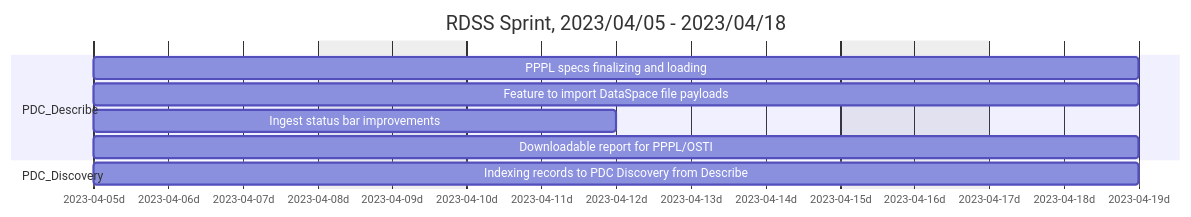
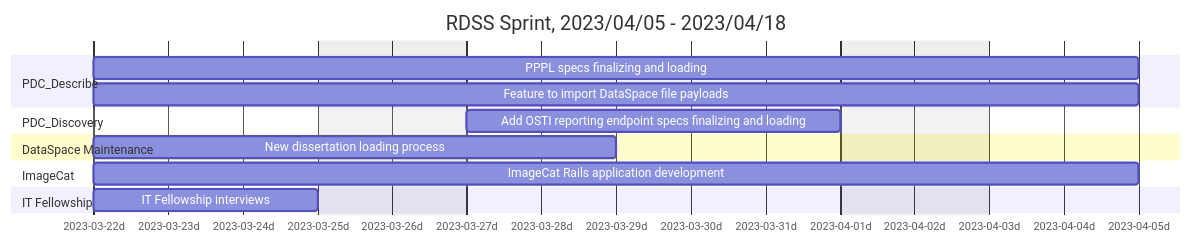
Before and after one commit to pulibrary/rdss-handbook: the third of 20 diagrams in roadmap.md, drawn with Mermaid. The commit also changed other lines of this file, not shown here.

````diff
--- a/roadmap.md
+++ b/roadmap.md
@@ -72,14 +72,18 @@
 ```mermaid
 gantt
     title RDSS Sprint, 2023/04/05 - 2023/04/18
     axisFormat  %Y-%m-%dd
     dateformat YYYY-MM-DD
     excludes    weekends
     section PDC_Describe
-    PPPL specs finalizing and loading: pdc1, 2023-04-05, 10d
-    Feature to import DataSpace file payloads: pdc2, 2023-04-05, 10d
-    Ingest status bar improvements: pdc3, 2023-04-05, 5d
-    Downloadable report for PPPL/OSTI: pdc4, 2023-04-05, 10d
+    PPPL specs finalizing and loading: pdc1, 2023-03-22, 10d
+    Feature to import DataSpace file payloads: pdc2, 2023-03-22, 10d
     section PDC_Discovery
-    Indexing records to PDC Discovery from Describe: pdd3, 2023-04-05, 10d
+    Add OSTI reporting endpoint specs finalizing and loading: pdcd1, 2023-03-27, 5d 
+    section DataSpace Maintenance
+    New dissertation loading process: dsm1, 2023-03-22, 5d  
+    section ImageCat
+    ImageCat Rails application development: imc1, 2023-03-22, 10d
+    section IT Fellowship
+    IT Fellowship interviews: itf1, 2023-03-22, 3d
 ```
````
